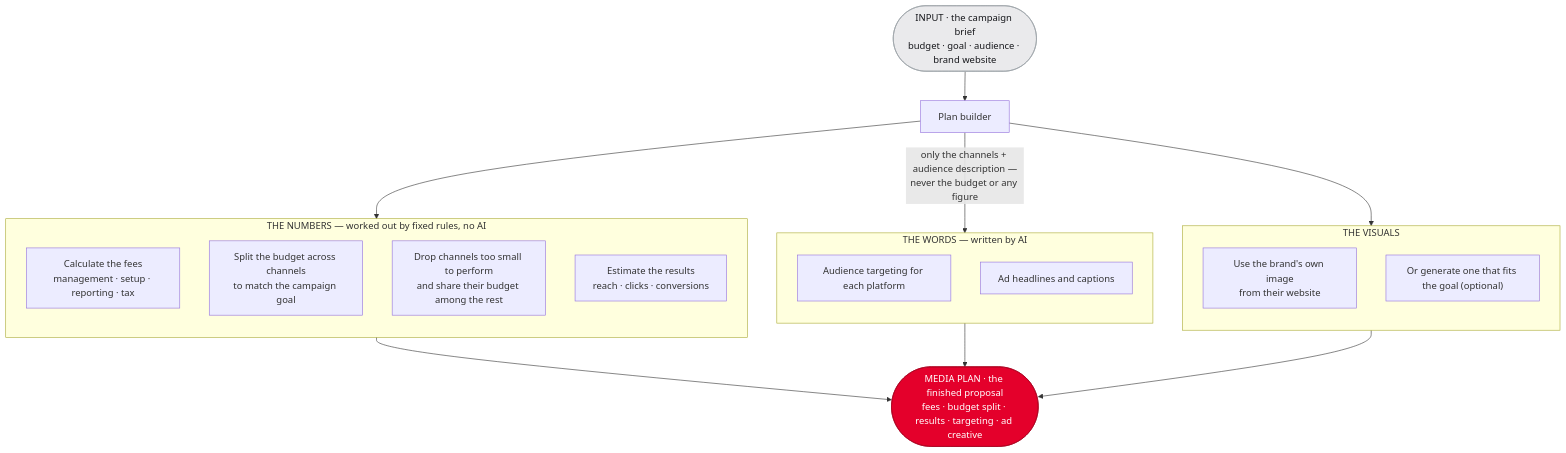
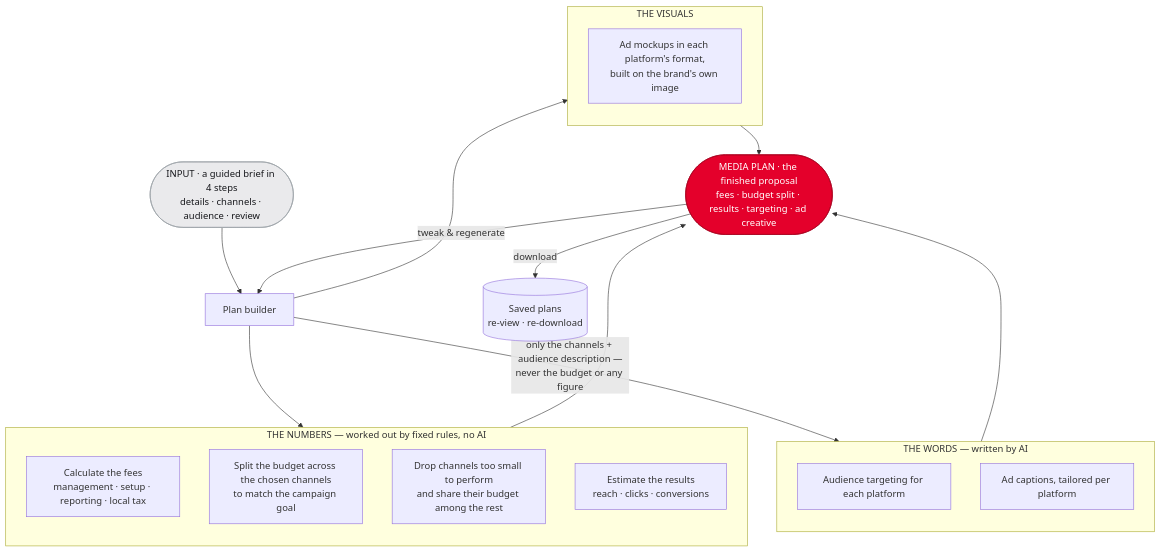
Before and after one commit to ShaunP2811/Dex-Ventures: the diagram in ARCHITECTURE.md, drawn with Mermaid. The commit also changed other lines of this file and 6 other files, not shown here.

First line of the commit message:
Refinement input in the Refine flow + updated architecture doc

````diff
--- a/ARCHITECTURE.md
+++ b/ARCHITECTURE.md
@@ -13,37 +13,39 @@
 ```mermaid
 flowchart TB
-    IN(["INPUT · the campaign brief<br/>budget · goal · audience · brand website"]) --> P["Plan builder"]
+    IN(["INPUT · a guided brief in 4 steps<br/>details · channels · audience · review"]) --> P["Plan builder"]
 
     P --> NUM
     P -->|"only the channels + audience description —<br/>never the budget or any figure"| WORDS
     P --> VIS
 
     subgraph NUM["THE NUMBERS — worked out by fixed rules, no AI"]
         direction TB
-        N1["Calculate the fees<br/>management · setup · reporting · tax"]
-        N2["Split the budget across channels<br/>to match the campaign goal"]
+        N1["Calculate the fees<br/>management · setup · reporting · local tax"]
+        N2["Split the budget across the chosen channels<br/>to match the campaign goal"]
         N3["Drop channels too small to perform<br/>and share their budget among the rest"]
         N4["Estimate the results<br/>reach · clicks · conversions"]
     end
 
     subgraph WORDS["THE WORDS — written by AI"]
         direction TB
         W1["Audience targeting for each platform"]
-        W2["Ad headlines and captions"]
+        W2["Ad captions, tailored per platform"]
     end
 
     subgraph VIS["THE VISUALS"]
         direction TB
-        V1["Use the brand's own image<br/>from their website"]
-        V2["Or generate one that fits the goal (optional)"]
+        V1["Ad mockups in each platform's format,<br/>built on the brand's own image"]
     end
 
     NUM --> R(["MEDIA PLAN · the finished proposal<br/>fees · budget split · results · targeting · ad creative"])
     WORDS --> R
     VIS --> R
 
+    R -->|"tweak & regenerate"| P
+    R -->|"download"| SAVE[("Saved plans<br/>re-view · re-download")]
+
     classDef startNode fill:#eaeaec,stroke:#9aa0a6,color:#17181c;
     classDef endNode fill:#e4002b,stroke:#a8001f,color:#ffffff;
     class IN startNode;
     class R endNode;
 ```
````
